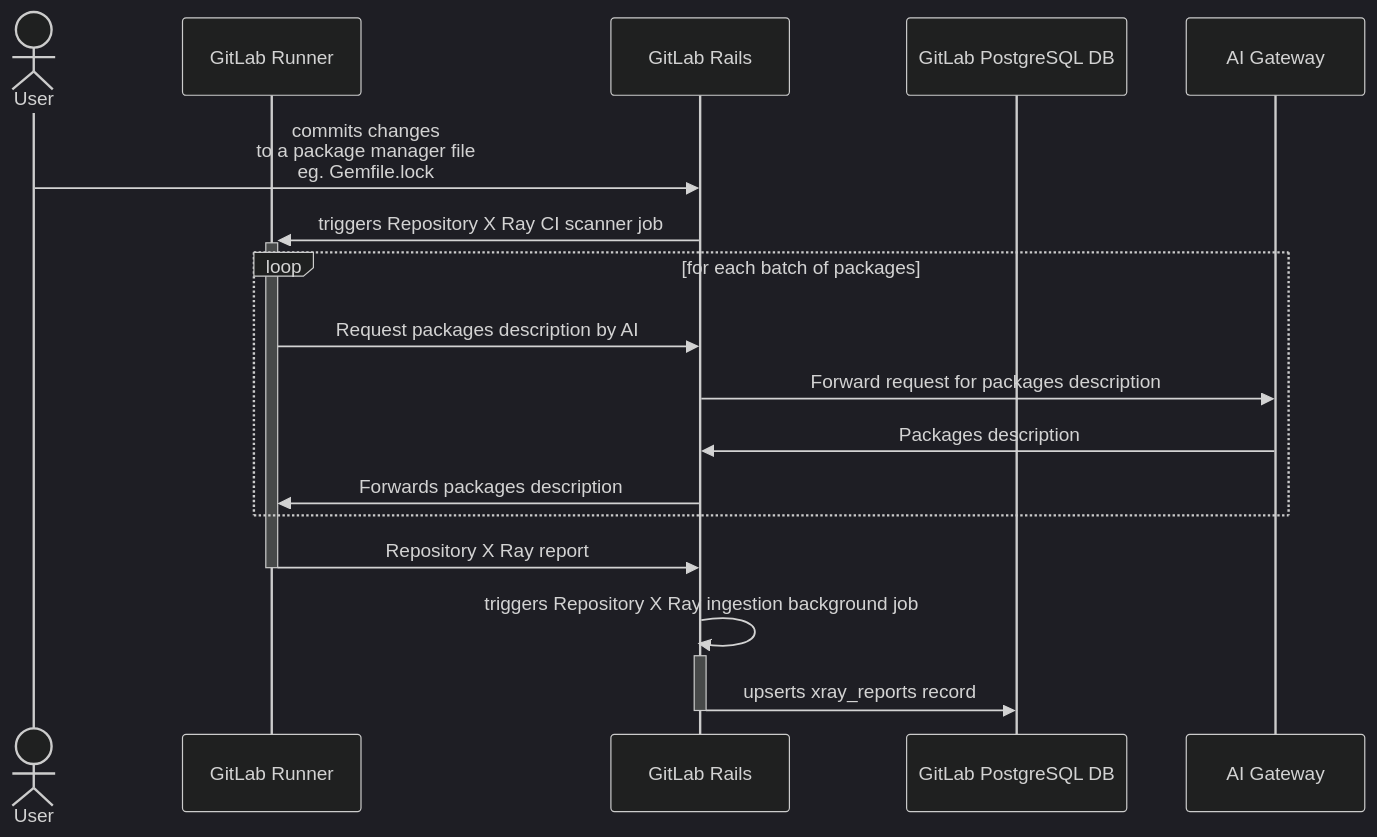
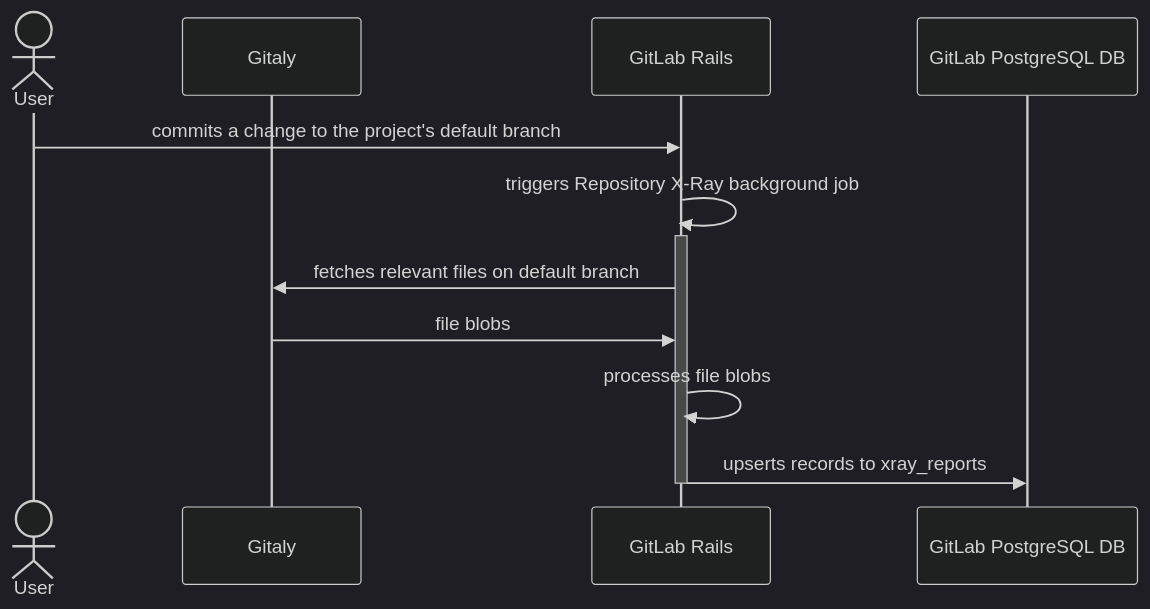
One commit to secretstartups/handbook changed the fourth of 5 diagrams in content/handbook/engineering/development/dev/create/code-creation/engineering_overview.md. Above: the diagram before and after it, drawn with Mermaid (dark theme). The commit also changed other lines of this file, not shown here.

Commit message:
Update Repository X-Ray sequence diagram

````diff
--- a/content/handbook/engineering/development/dev/create/code-creation/engineering_overview.md
+++ b/content/handbook/engineering/development/dev/create/code-creation/engineering_overview.md
@@ -138,23 +138,14 @@
 ```mermaid
 sequenceDiagram
    actor USR as User
-   participant RN as GitLab Runner
-
-
+   participant GIT as Gitaly
    participant GLR as GitLab Rails
    participant PG as GitLab PostgreSQL DB
-   participant AIGW as AI Gateway
 
-
-   USR->>GLR: commits changes <br> to a package manager file <br>eg. Gemfile.lock
-   GLR->>+RN: triggers Repository X Ray CI scanner job
-   loop for each batch of packages
-       RN->>GLR: Request packages description by AI
-       GLR->>AIGW: Forward request for packages description
-       AIGW->>GLR: Packages description
-       GLR->>RN: Forwards packages description
-   end
-   RN->>-GLR: Repository X Ray report
-   GLR->>+GLR: triggers Repository X Ray ingestion background job
-   GLR->>-PG: upserts xray_reports record
+   USR->>GLR: commits a change to the project's default branch
+   GLR->>+GLR: triggers Repository X-Ray background job
+   GLR->>GIT: fetches relevant files on default branch
+   GIT->>GLR: file blobs
+   GLR->>GLR: processes file blobs
+   GLR->>-PG: upserts records to xray_reports
 ```
````
